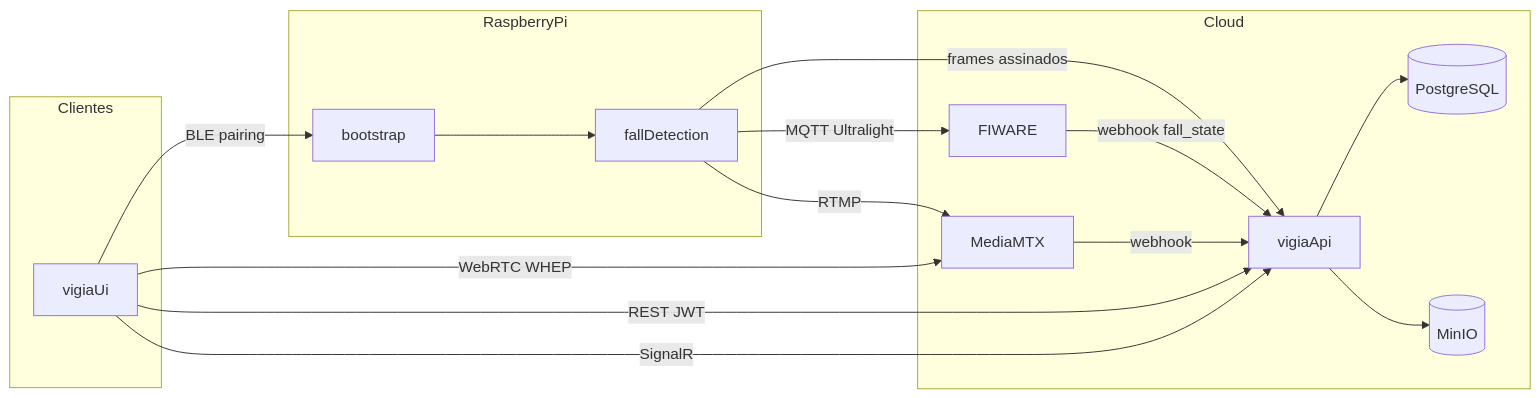
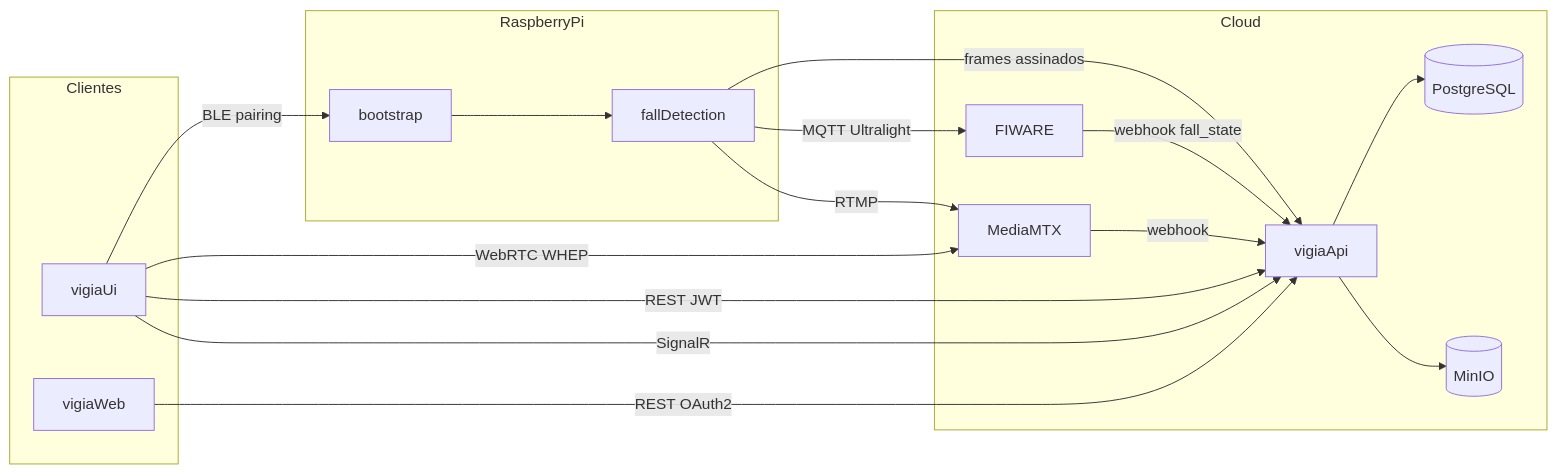
Before and after one commit to PedroReis16/vigia: the diagram in docs/project-structure.md, drawn with Mermaid. The commit also changed other lines of this file and 92 other files, not shown here.

````diff
--- a/docs/project-structure.md
+++ b/docs/project-structure.md
@@ -373,29 +401,31 @@
 ```mermaid
 flowchart LR
     subgraph edge [RaspberryPi]
         Bootstrap[bootstrap]
         Fall[fallDetection]
         Bootstrap --> Fall
     end
     subgraph cloud [Cloud]
         API[vigiaApi]
         FIWARE[FIWARE]
         MTX[MediaMTX]
         PG[(PostgreSQL)]
         S3[(MinIO)]
     end
     subgraph clients [Clientes]
         App[vigiaUi]
+        Web[vigiaWeb]
     end
     Fall -->|"MQTT Ultralight"| FIWARE
     Fall -->|RTMP| MTX
     Fall -->|"frames assinados"| API
     FIWARE -->|"webhook fall_state"| API
     MTX -->|webhook| API
     API --> PG
     API --> S3
     App -->|"REST JWT"| API
     App -->|"WebRTC WHEP"| MTX
     App -->|SignalR| API
     App -->|"BLE pairing"| Bootstrap
+    Web -->|"REST OAuth2"| API
 ```
````
